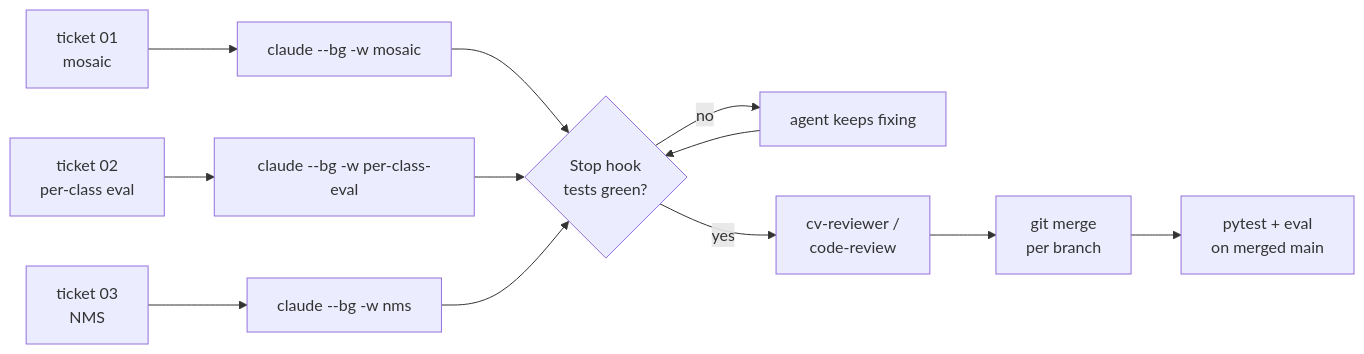
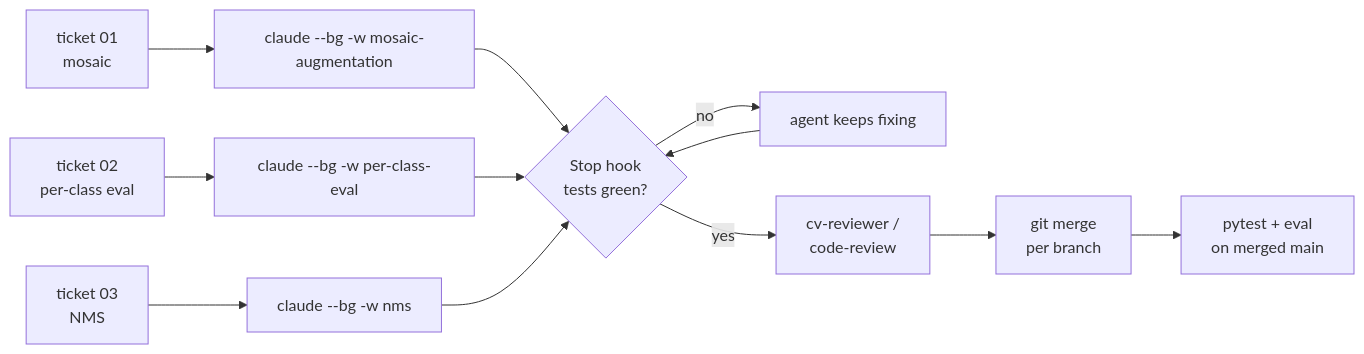
Before and after one commit to ShubhamSureshPatil/multi_agent: the third of 9 diagrams in CONCEPTS.md, drawn with Mermaid. The commit also changed other lines of this file, not shown here.

Commit message:
CONCEPTS: match agent name and file names to the repo
Claude-Session: https://claude.ai/code/session_01KehbjKLztnYCMhvP1E1Fxi

````diff
--- a/CONCEPTS.md
+++ b/CONCEPTS.md
@@ -65,14 +65,14 @@
 ```mermaid
 flowchart LR
-  T1[ticket 01<br/>mosaic] --> W1["claude --bg -w mosaic"]
+  T1[ticket 01<br/>mosaic] --> W1["claude --bg -w mosaic-augmentation"]
   T2[ticket 02<br/>per-class eval] --> W2["claude --bg -w per-class-eval"]
   T3[ticket 03<br/>NMS] --> W3["claude --bg -w nms"]
   W1 --> H{Stop hook<br/>tests green?}
   W2 --> H
   W3 --> H
   H -- no --> FIX[agent keeps fixing]
   FIX --> H
   H -- yes --> RV[cv-reviewer /<br/>code-review]
   RV --> MG[git merge<br/>per branch]
   MG --> TS[pytest + eval<br/>on merged main]
 ```
````
